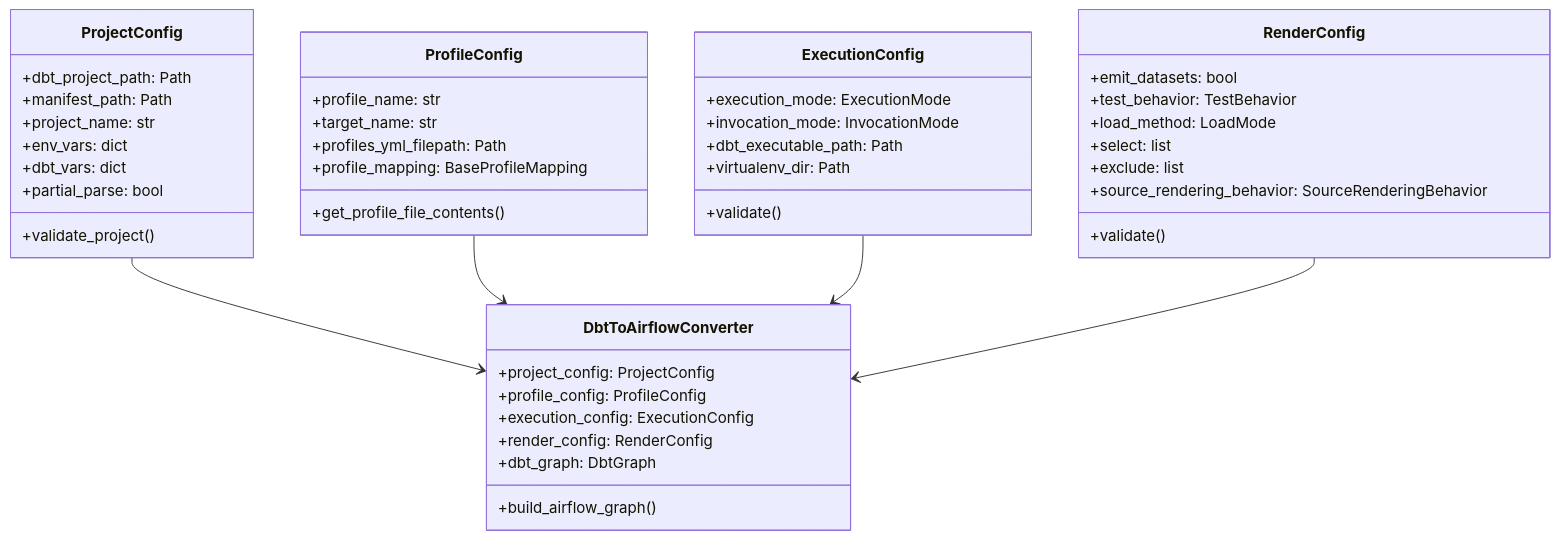
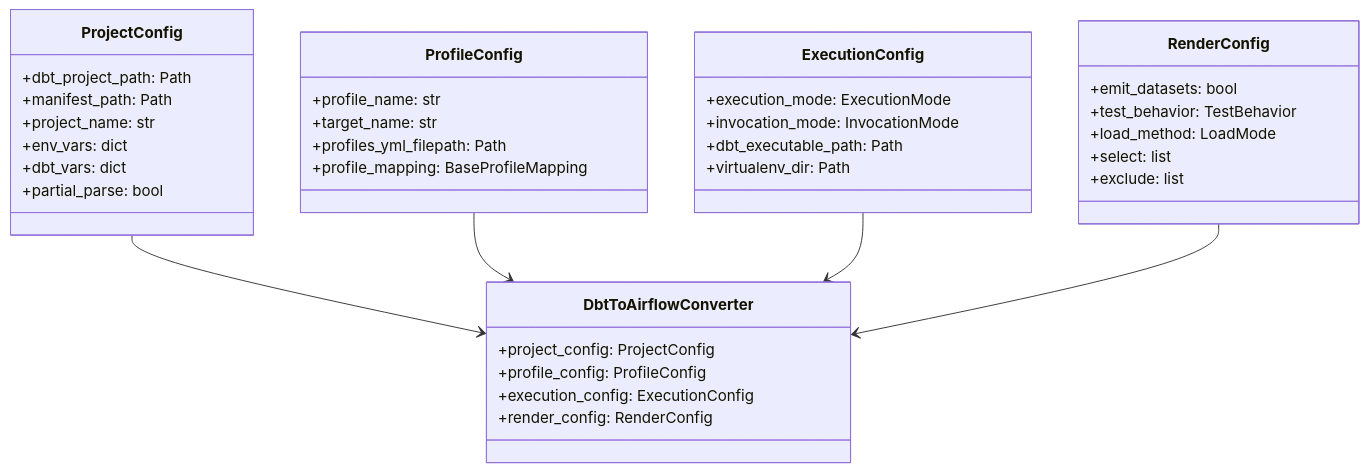
One commit to josix/astronomer-cosmos changed the eighth of 28 diagrams in docs/ARCHITECTURE.md. Above: the diagram before and after it, drawn with Mermaid. The commit also changed other lines of this file, not shown here.

First line of the commit message:
docs: Update architecture documentation with v1.12 features

````diff
--- a/docs/ARCHITECTURE.md
+++ b/docs/ARCHITECTURE.md
@@ -365,52 +424,45 @@
 ```mermaid
 classDiagram
     class ProjectConfig {
         +dbt_project_path: Path
         +manifest_path: Path
         +project_name: str
         +env_vars: dict
         +dbt_vars: dict
         +partial_parse: bool
-        +validate_project()
     }
 
     class ProfileConfig {
         +profile_name: str
         +target_name: str
         +profiles_yml_filepath: Path
         +profile_mapping: BaseProfileMapping
-        +get_profile_file_contents()
     }
 
     class ExecutionConfig {
         +execution_mode: ExecutionMode
         +invocation_mode: InvocationMode
         +dbt_executable_path: Path
         +virtualenv_dir: Path
-        +validate()
     }
 
     class RenderConfig {
         +emit_datasets: bool
         +test_behavior: TestBehavior
         +load_method: LoadMode
         +select: list
         +exclude: list
-        +source_rendering_behavior: SourceRenderingBehavior
-        +validate()
     }
 
     class DbtToAirflowConverter {
         +project_config: ProjectConfig
         +profile_config: ProfileConfig
         +execution_config: ExecutionConfig
         +render_config: RenderConfig
-        +dbt_graph: DbtGraph
-        +build_airflow_graph()
     }
 
     ProjectConfig --> DbtToAirflowConverter
     ProfileConfig --> DbtToAirflowConverter
     ExecutionConfig --> DbtToAirflowConverter
     RenderConfig --> DbtToAirflowConverter
 ```
````
